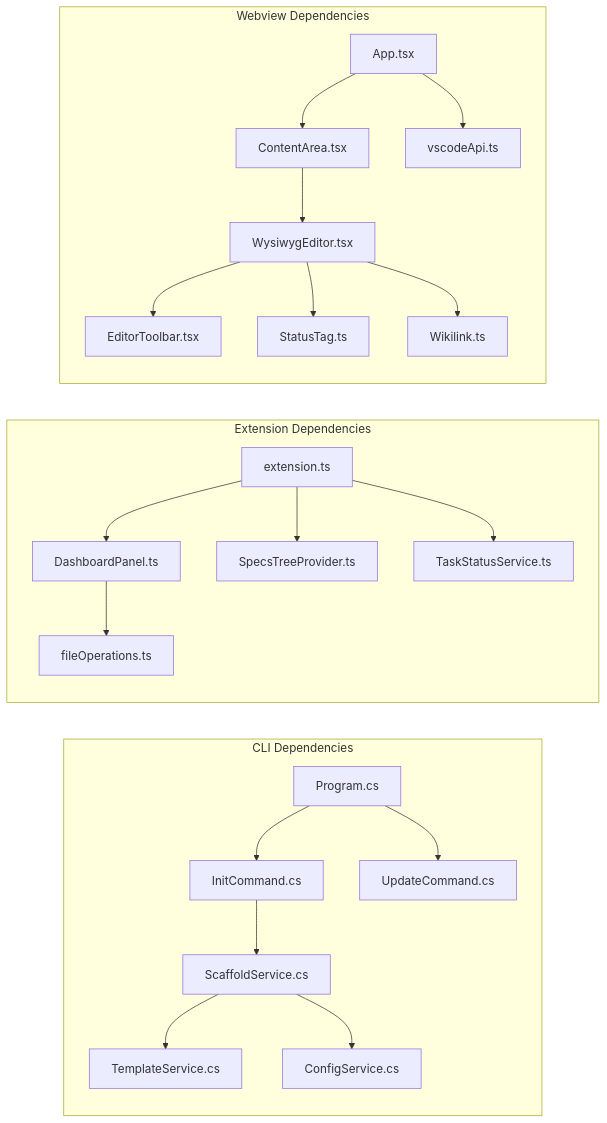
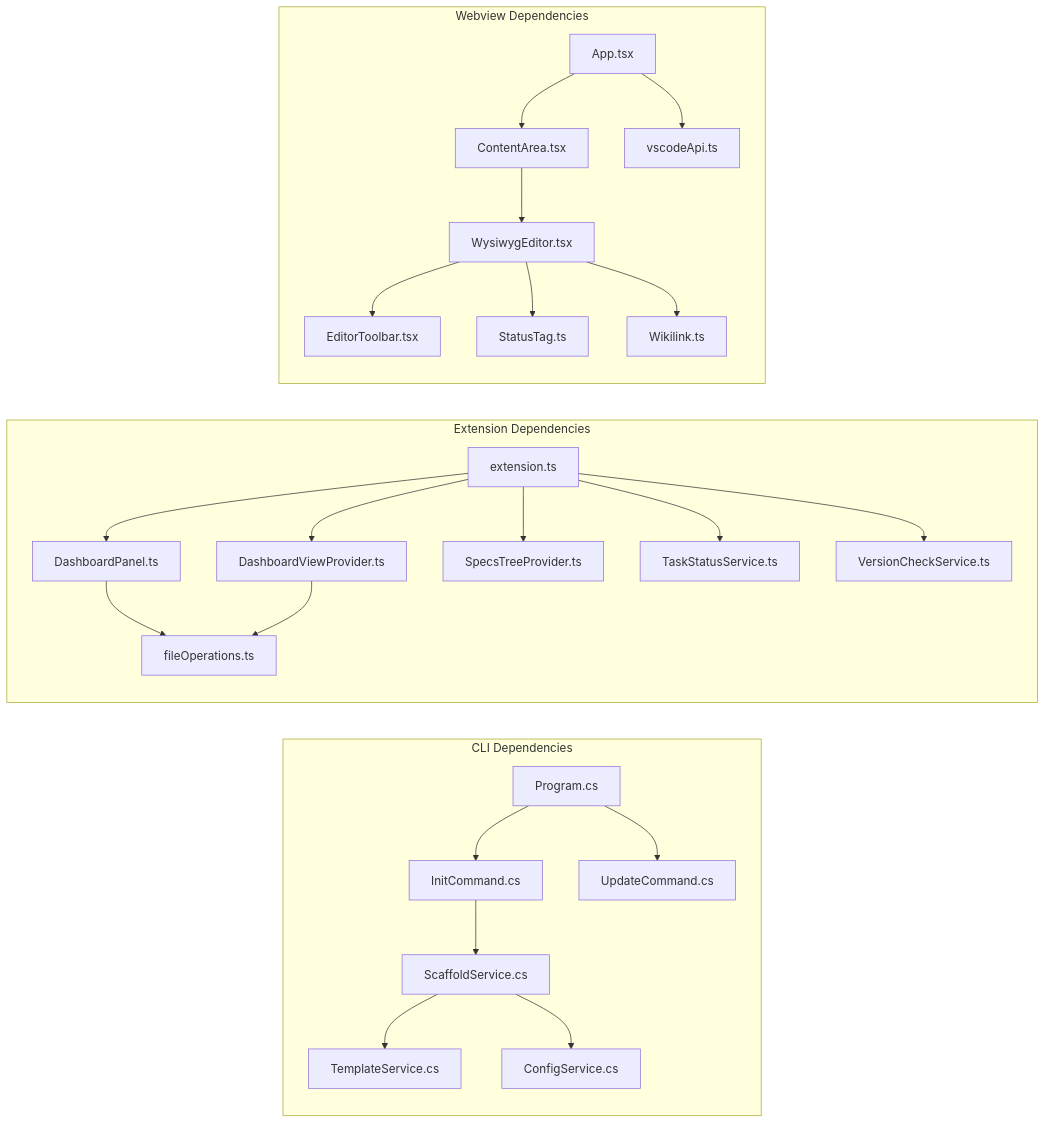
One commit to Tadzesi/SpecTacular changed diagram 22 of 22 in ARCHITECTURE.md. Above: the diagram before and after it, drawn with Mermaid. The commit also changed other lines of this file and 3 other files, not shown here.

````diff
--- a/ARCHITECTURE.md
+++ b/ARCHITECTURE.md
@@ -1080,26 +1145,29 @@
 ```mermaid
 graph LR
     subgraph CLI["CLI Dependencies"]
         PC[Program.cs] --> IC[InitCommand.cs]
         PC --> UC[UpdateCommand.cs]
         IC --> SS[ScaffoldService.cs]
         SS --> TS[TemplateService.cs]
         SS --> CS[ConfigService.cs]
     end
 
     subgraph Extension["Extension Dependencies"]
         EXT[extension.ts] --> DP[DashboardPanel.ts]
+        EXT --> DVP[DashboardViewProvider.ts]
         EXT --> STP[SpecsTreeProvider.ts]
         EXT --> TSS[TaskStatusService.ts]
+        EXT --> VCS[VersionCheckService.ts]
         DP --> FO[fileOperations.ts]
+        DVP --> FO
     end
 
     subgraph Webview["Webview Dependencies"]
         APP[App.tsx] --> CA[ContentArea.tsx]
         CA --> WE[WysiwygEditor.tsx]
         WE --> TB[EditorToolbar.tsx]
         WE --> ST[StatusTag.ts]
         WE --> WL[Wikilink.ts]
         APP --> API[vscodeApi.ts]
     end
 ```
````
